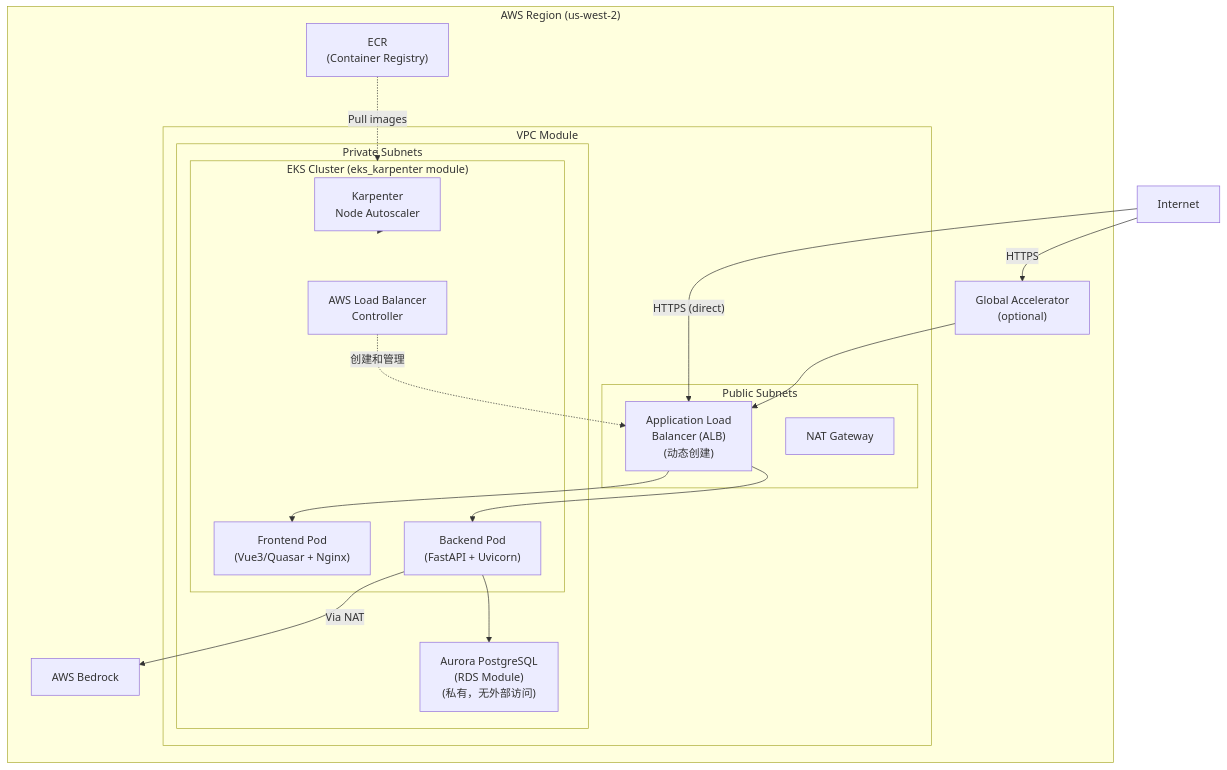
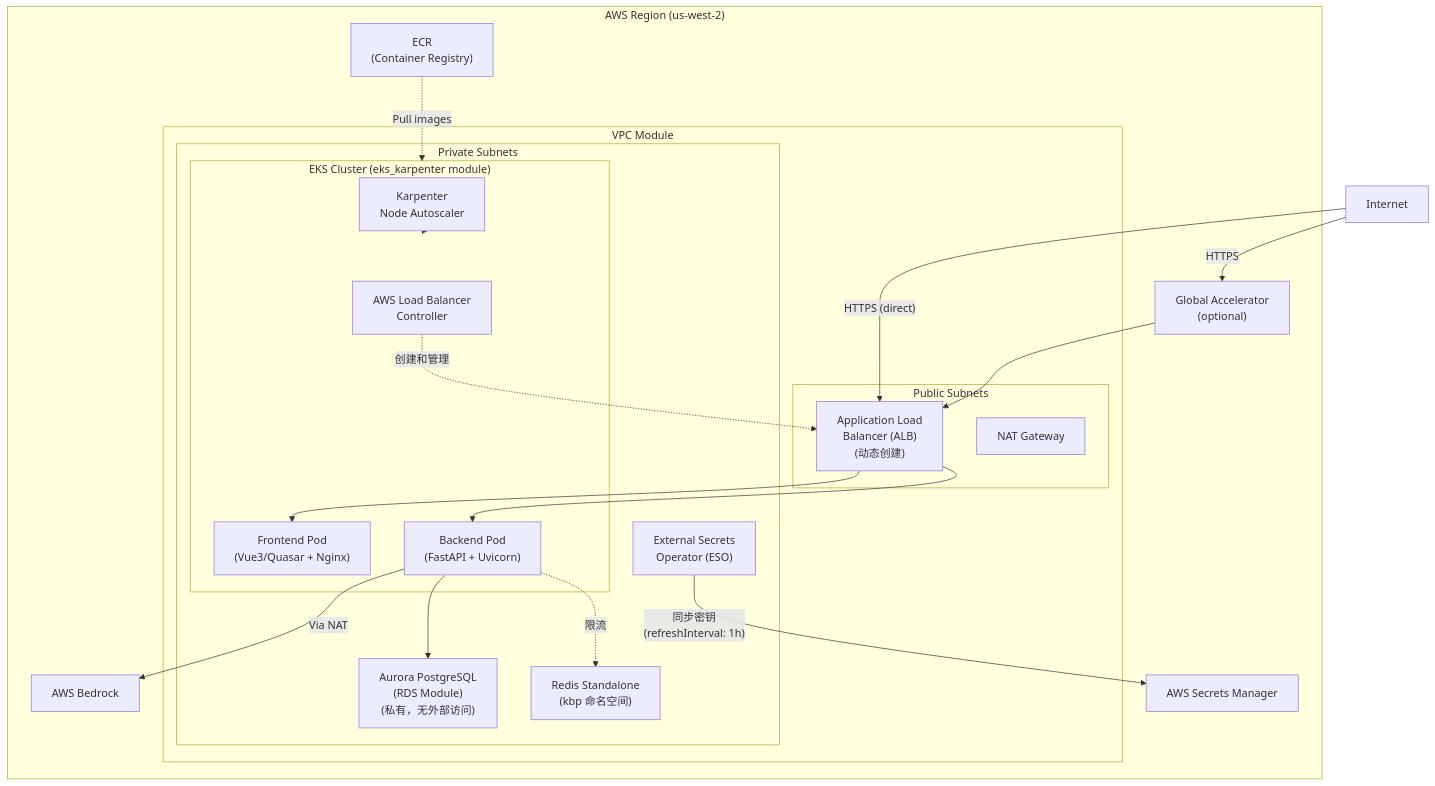
One commit to aws-samples/sample-kolya-br-proxy changed the fifth of 9 diagrams in docs/architecture.zh.md. Above: the diagram before and after it, drawn with Mermaid. The commit also changed other lines of this file and 45 other files, not shown here.

````diff
--- a/docs/architecture.zh.md
+++ b/docs/architecture.zh.md
@@ -376,36 +378,41 @@
 ```mermaid
 graph TD
     subgraph AWS_Region ["AWS Region (us-west-2)"]
         subgraph VPC ["VPC Module"]
             subgraph Public_Subnets ["Public Subnets"]
                 ALB["Application Load<br/>Balancer (ALB)<br/>(动态创建)"]
                 NAT["NAT Gateway"]
             end
 
             subgraph Private_Subnets ["Private Subnets"]
                 subgraph EKS ["EKS Cluster (eks_karpenter module)"]
                     Karpenter["Karpenter<br/>Node Autoscaler"]
                     LBC["AWS Load Balancer<br/>Controller"]
                     FrontendPod["Frontend Pod<br/>(Vue3/Quasar + Nginx)"]
                     BackendPod["Backend Pod<br/>(FastAPI + Uvicorn)"]
                 end
                 Aurora["Aurora PostgreSQL<br/>(RDS Module)<br/>(私有，无外部访问)"]
+                Redis_Pod["Redis Standalone<br/>(kbp 命名空间)"]
+                ESO["External Secrets<br/>Operator (ESO)"]
             end
         end
 
         ECR["ECR<br/>(Container Registry)"]
         Bedrock["AWS Bedrock"]
+        SecretsManager["AWS Secrets Manager"]
         GA["Global Accelerator<br/>(optional)"]
     end
 
     Internet["Internet"] -->|"HTTPS"| GA
     GA --> ALB
     Internet -->|"HTTPS (direct)"| ALB
     ALB --> FrontendPod
     ALB --> BackendPod
     BackendPod -->|"Via NAT"| Bedrock
     BackendPod --> Aurora
+    BackendPod -.->|"限流"| Redis_Pod
+    ESO -->|"同步密钥<br/>(refreshInterval: 1h)"| SecretsManager
     Karpenter --> Private_Subnets
     LBC -.->|"创建和管理"| ALB
     ECR -.->|"Pull images"| EKS
 ```
````
